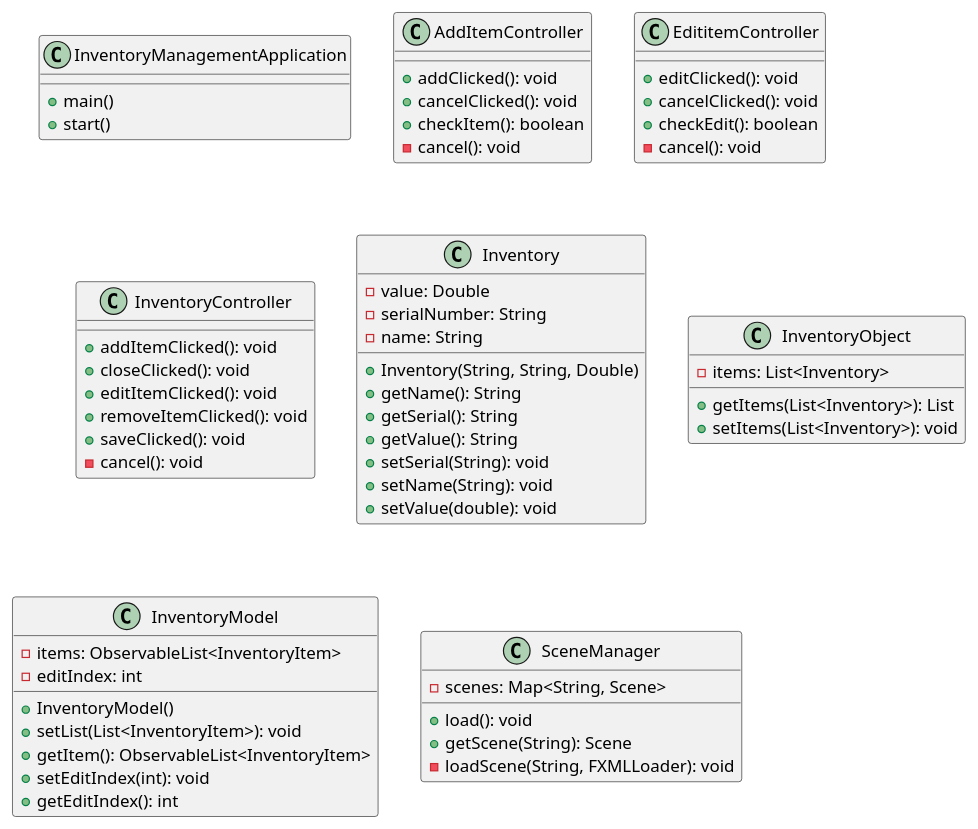
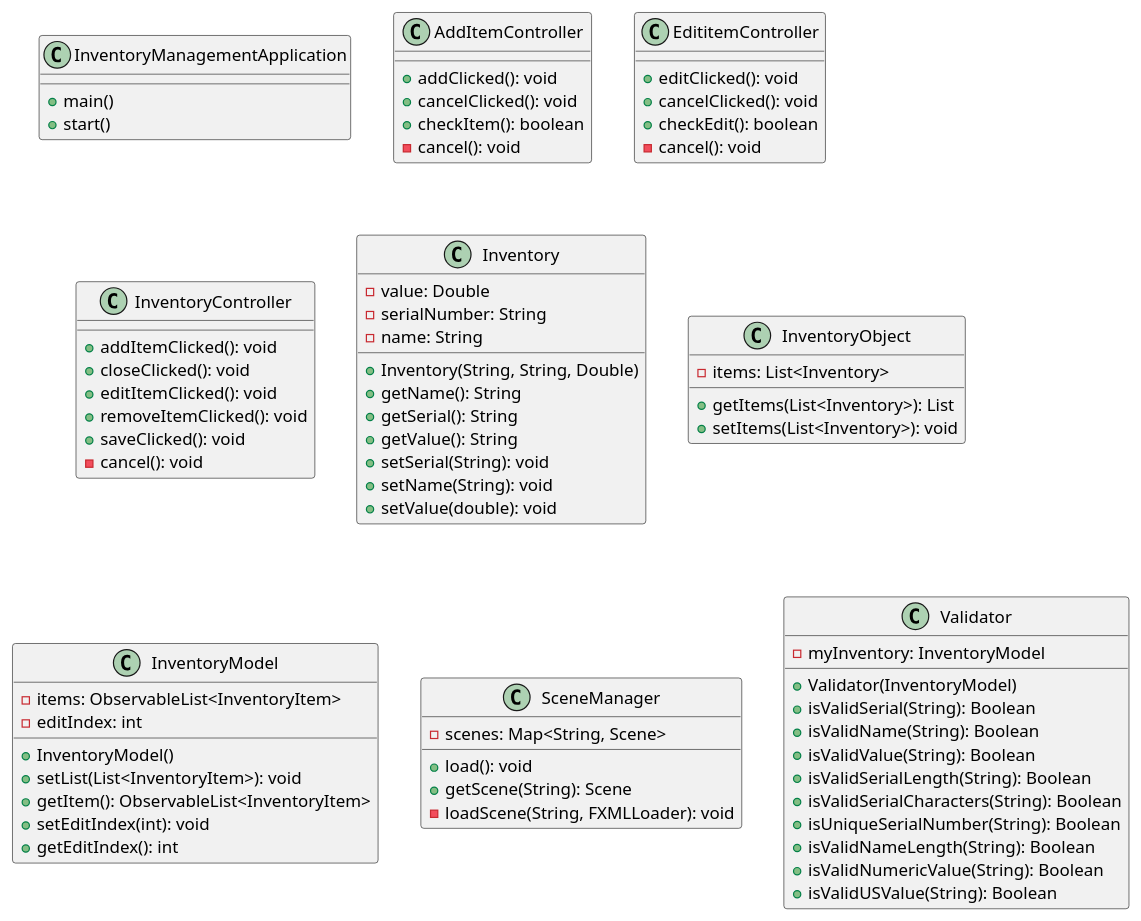
The diagram in Jaro-app2/docs/diagram.puml (mathdude3482/Jaro-app2), drawn with PlantUML before and after one commit. The commit also changed 1 other file, not shown here.

Commit message:
Added a validator class to check all parts of an item. Updated the UML diagram as needed.

```diff
--- a/Jaro-app2/docs/diagram.puml
+++ b/Jaro-app2/docs/diagram.puml
@@ -1,59 +1,72 @@
 @startuml
 class InventoryManagementApplication{
 +main()
 +start()
 }
 class AddItemController{
 + addClicked(): void
 + cancelClicked(): void
 + checkItem(): boolean
 - cancel(): void
 }
 class EdititemController{
 + editClicked(): void
 + cancelClicked(): void
 + checkEdit(): boolean
 - cancel(): void
 }
 class InventoryController{
 + addItemClicked(): void
 + closeClicked(): void
 + editItemClicked(): void
 + removeItemClicked(): void
 + saveClicked(): void
 - cancel(): void
 }
 class Inventory{
  - value: Double
  - serialNumber: String
  - name: String
  + Inventory(String, String, Double)
 + getName(): String
 + getSerial(): String
 + getValue(): String
 + setSerial(String): void
 + setName(String): void
 + setValue(double): void
 }
 class InventoryObject{
 - items: List<Inventory>
 + getItems(List<Inventory>): List
 + setItems(List<Inventory>): void
 }
 class InventoryModel{
     - items: ObservableList<InventoryItem>
     - editIndex: int
     + InventoryModel()
     + setList(List<InventoryItem>): void
     + getItem(): ObservableList<InventoryItem>
     + setEditIndex(int): void
     + getEditIndex(): int
 }
 class SceneManager {
     - scenes: Map<String, Scene>
     + load(): void
     + getScene(String): Scene
     - loadScene(String, FXMLLoader): void
 }
+class Validator{
+    - myInventory: InventoryModel
+    + Validator(InventoryModel)
+    + isValidSerial(String): Boolean
+    + isValidName(String): Boolean
+    + isValidValue(String): Boolean
+    + isValidSerialLength(String): Boolean
+    + isValidSerialCharacters(String): Boolean
+    + isUniqueSerialNumber(String): Boolean
+    + isValidNameLength(String): Boolean
+    + isValidNumericValue(String): Boolean
+    + isValidUSValue(String): Boolean
+}
 
 @enduml
```
